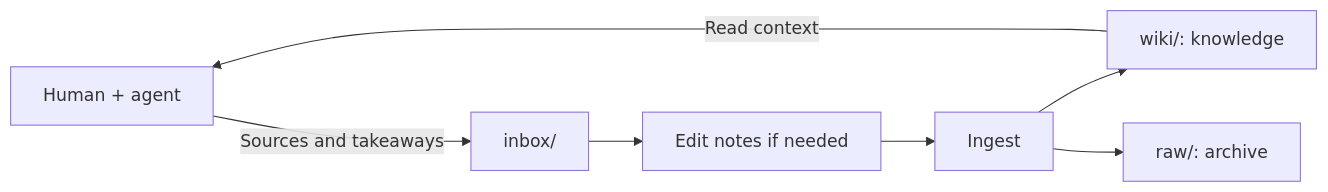
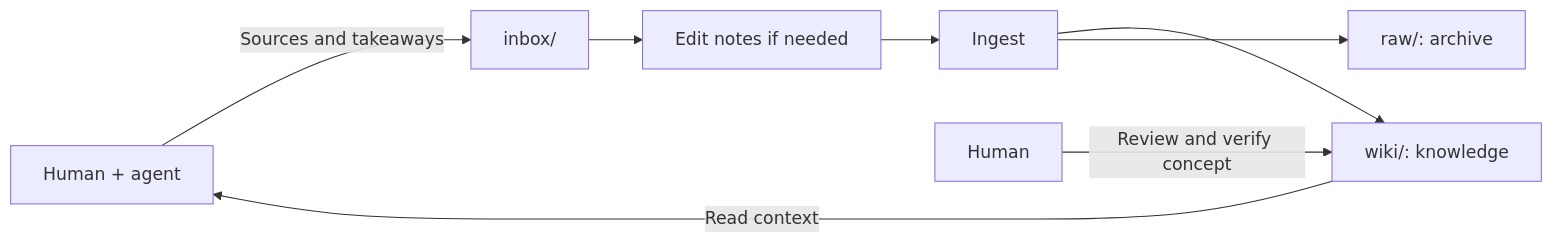
The diagram in README.md (flangenkaemper/OKF-LLM-Wiki-and-Agent-Memory-blueprint), drawn with Mermaid before and after one commit.

Commit message:
docs: show human review in the wiki workflow

````diff
--- a/README.md
+++ b/README.md
@@ -24,9 +24,10 @@
 ```mermaid
 flowchart LR
     Session["Human + agent"] -->|Sources and takeaways| Inbox["inbox/"]
     Inbox --> Edit["Edit notes if needed"]
     Edit --> Ingest["Ingest"]
     Ingest --> Wiki["wiki/: knowledge"]
     Ingest --> Raw["raw/: archive"]
     Wiki -->|Read context| Session
+    Reviewer["Human"] --> |Review and verify concept| Wiki
 ```
````
